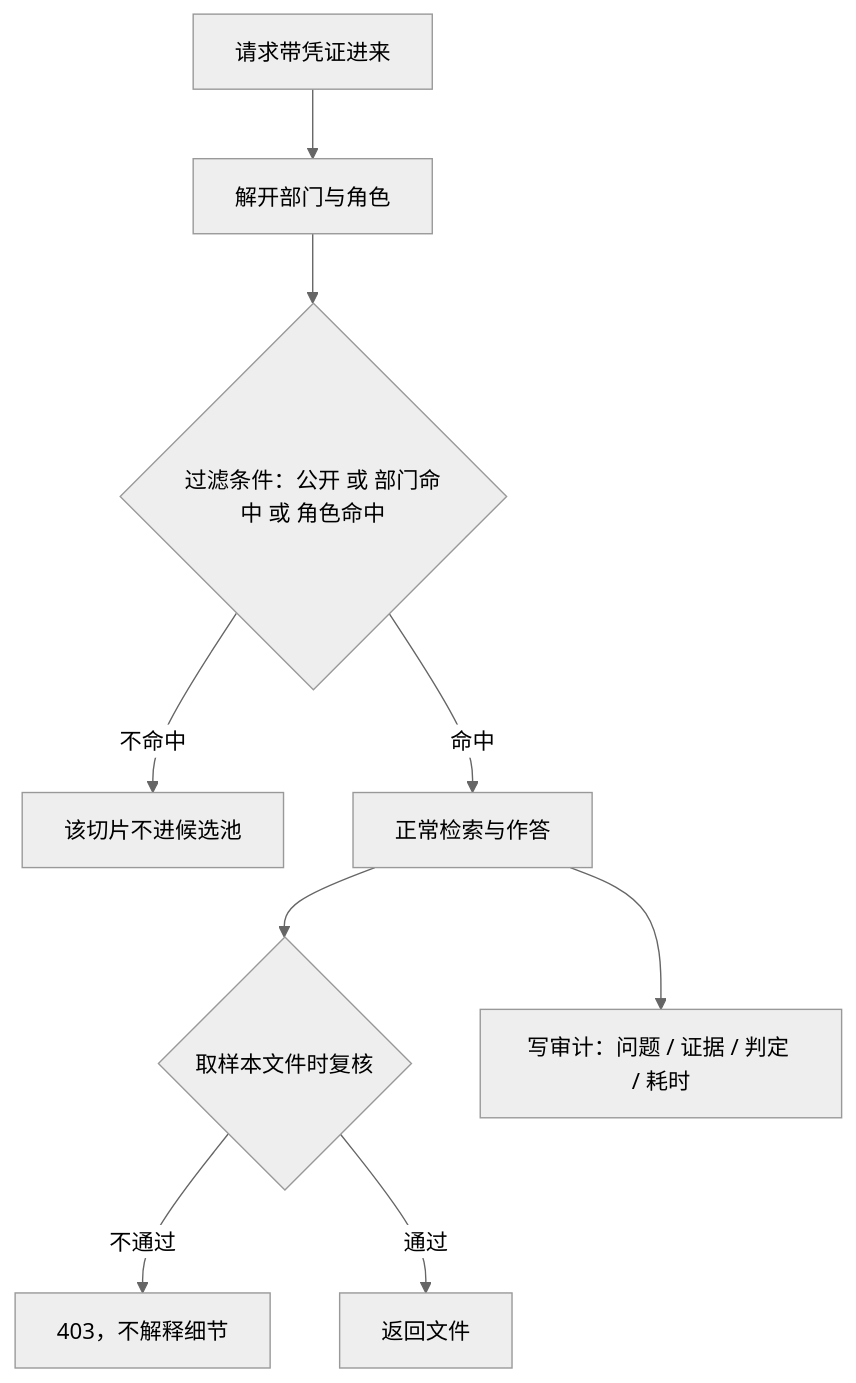
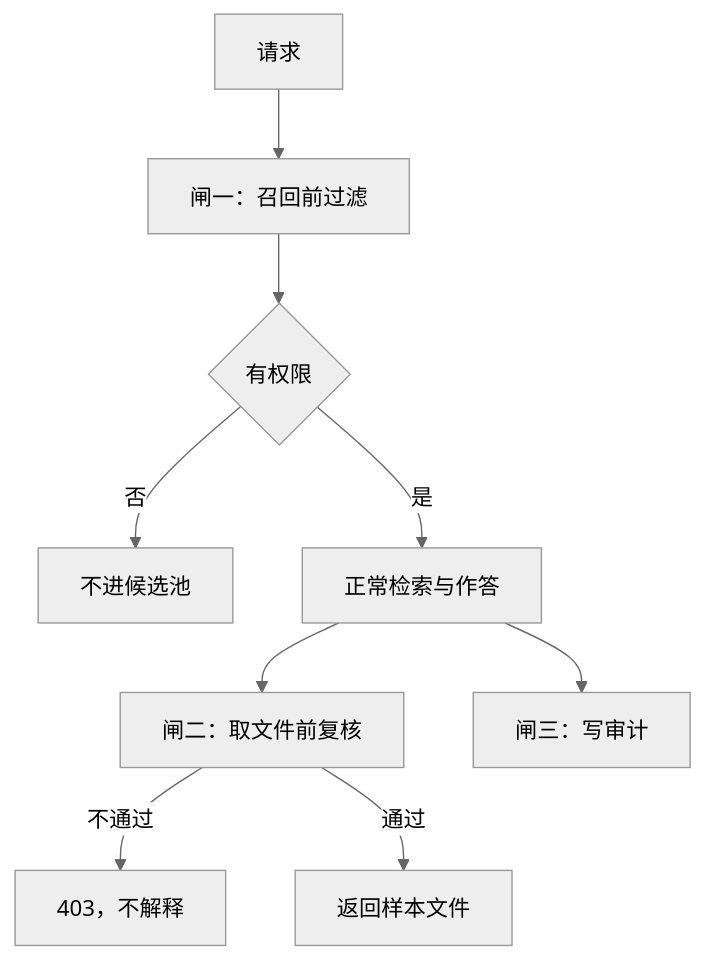
Diagram 14 of 15 in 详细设计.md (kvchen95/ai-rag), drawn with Mermaid (neutral theme) before and after one commit. The commit also changed other lines of this file, not shown here.

Commit message:
docs: 重写详细设计文档，按架构图集与概要设计细化

````diff
--- a/详细设计.md
+++ b/详细设计.md
@@ -508,11 +785,11 @@
 ```mermaid
 flowchart TD
-    A["请求带凭证进来"] --> B["解开部门与角色"]
-    B --> C{"过滤条件：公开 或 部门命中 或 角色命中"}
-    C -- 不命中 --> D["该切片不进候选池"]
-    C -- 命中 --> E["正常检索与作答"]
-    E --> F{"取样本文件时复核"}
-    F -- 不通过 --> G["403，不解释细节"]
-    F -- 通过 --> H["返回文件"]
-    E --> I["写审计：问题 / 证据 / 判定 / 耗时"]
+    A["请求"] --> B["闸一：召回前过滤"]
+    B --> C{"有权限"}
+    C -- 否 --> X["不进候选池"]
+    C -- 是 --> D["正常检索与作答"]
+    D --> E["闸二：取文件前复核"]
+    E -- 不通过 --> Y["403，不解释"]
+    E -- 通过 --> F["返回样本文件"]
+    D --> G["闸三：写审计"]
 ```
````
